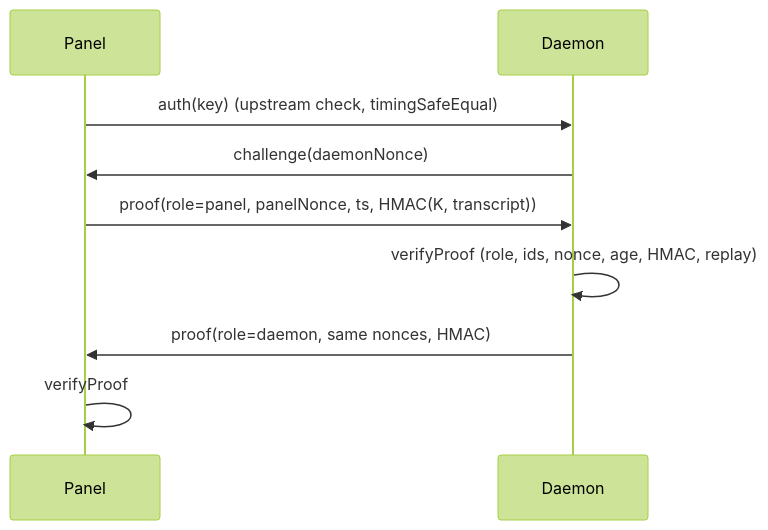
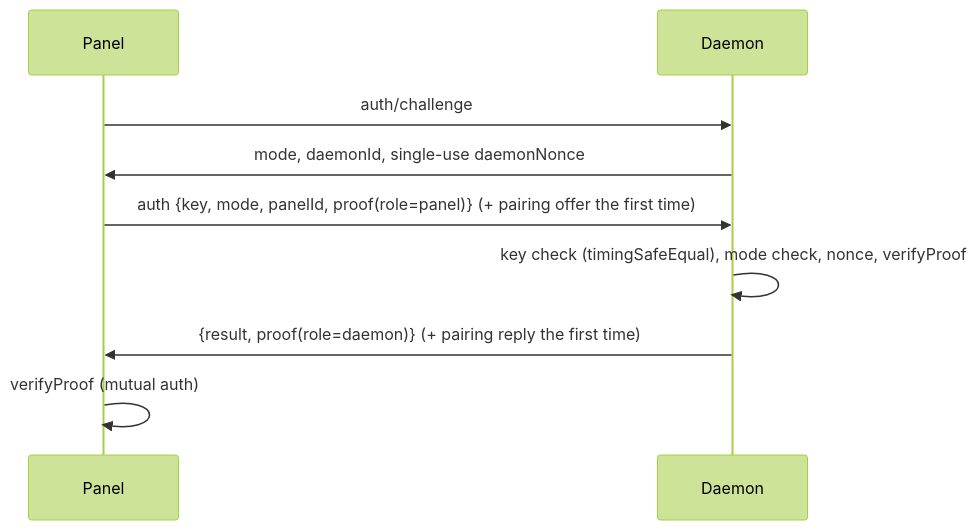
One commit to Shatoshinakamoto/MCSManager-React changed the diagram in docs/features/passport-auth.md. Above: the diagram before and after it, drawn with Mermaid (forest theme). The commit also changed other lines of this file and 129 other files, not shown here.

````diff
--- a/docs/features/passport-auth.md
+++ b/docs/features/passport-auth.md
@@ -15,11 +16,11 @@
 ```mermaid
 sequenceDiagram
   participant P as Panel
   participant D as Daemon
-  P->>D: auth(key)  (upstream check, timingSafeEqual)
-  D->>P: challenge(daemonNonce)
-  P->>D: proof(role=panel, panelNonce, ts, HMAC(K, transcript))
-  D->>D: verifyProof (role, ids, nonce, age, HMAC, replay)
-  D->>P: proof(role=daemon, same nonces, HMAC)
-  P->>P: verifyProof
+  P->>D: auth/challenge
+  D->>P: mode, daemonId, single-use daemonNonce
+  P->>D: auth {key, mode, panelId, proof(role=panel)}  (+ pairing offer the first time)
+  D->>D: key check (timingSafeEqual), mode check, nonce, verifyProof
+  D->>P: {result, proof(role=daemon)}  (+ pairing reply the first time)
+  P->>P: verifyProof (mutual auth)
 ```
````
